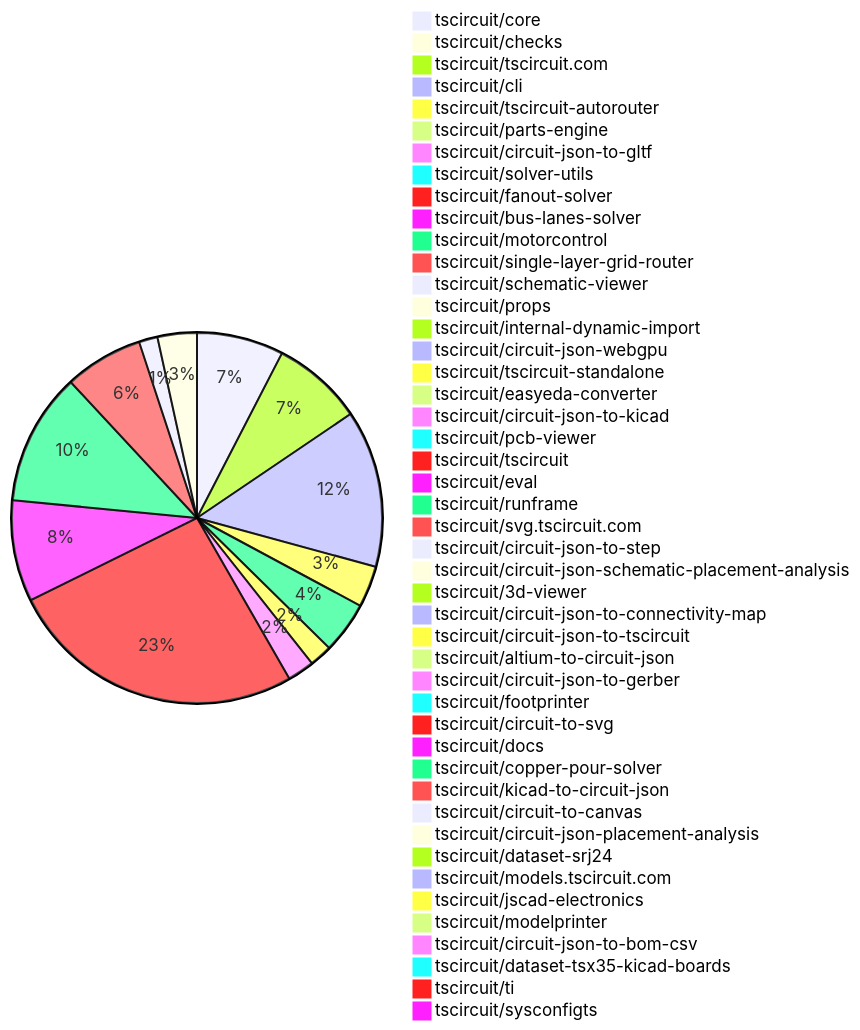
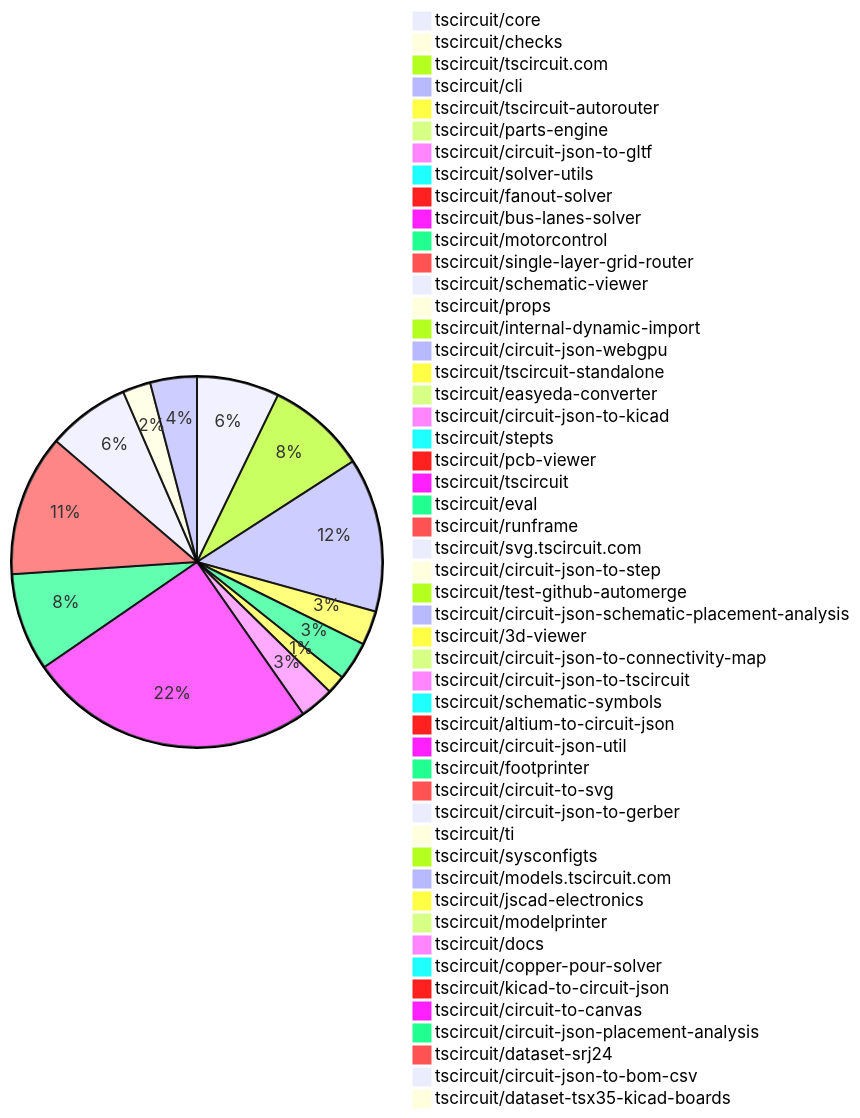
The diagram in data/readmes/tscircuit__contribution-tracker.md (zqf20096327/ai_collect), drawn with Mermaid before and after one commit. The commit also changed other lines of this file and 2035 other files, not shown here.

````diff
--- a/data/readmes/tscircuit__contribution-tracker.md
+++ b/data/readmes/tscircuit__contribution-tracker.md
@@ -30,49 +30,53 @@
 ```mermaid
 pie
-    "tscircuit/core" : 42
-    "tscircuit/checks" : 2
-    "tscircuit/tscircuit.com" : 44
-    "tscircuit/cli" : 76
-    "tscircuit/tscircuit-autorouter" : 20
+    "tscircuit/core" : 53
+    "tscircuit/checks" : 6
+    "tscircuit/tscircuit.com" : 64
+    "tscircuit/cli" : 99
+    "tscircuit/tscircuit-autorouter" : 22
     "tscircuit/parts-engine" : 2
     "tscircuit/circuit-json-to-gltf" : 2
     "tscircuit/solver-utils" : 2
     "tscircuit/fanout-solver" : 1
     "tscircuit/bus-lanes-solver" : 3
     "tscircuit/motorcontrol" : 25
     "tscircuit/single-layer-grid-router" : 1
     "tscircuit/schematic-viewer" : 1
     "tscircuit/props" : 3
     "tscircuit/internal-dynamic-import" : 4
-    "tscircuit/circuit-json-webgpu" : 5
-    "tscircuit/tscircuit-standalone" : 11
-    "tscircuit/easyeda-converter" : 2
-    "tscircuit/circuit-json-to-kicad" : 13
+    "tscircuit/circuit-json-webgpu" : 7
+    "tscircuit/tscircuit-standalone" : 12
+    "tscircuit/easyeda-converter" : 4
+    "tscircuit/circuit-json-to-kicad" : 22
+    "tscircuit/stepts" : 4
     "tscircuit/pcb-viewer" : 3
-    "tscircuit/tscircuit" : 144
-    "tscircuit/eval" : 49
-    "tscircuit/runframe" : 64
-    "tscircuit/svg.tscircuit.com" : 38
-    "tscircuit/circuit-json-to-step" : 9
-    "tscircuit/circuit-json-schematic-placement-analysis" : 19
-    "tscircuit/3d-viewer" : 4
+    "tscircuit/tscircuit" : 185
+    "tscircuit/eval" : 63
+    "tscircuit/runframe" : 91
+    "tscircuit/svg.tscircuit.com" : 53
+    "tscircuit/circuit-json-to-step" : 18
+    "tscircuit/test-github-automerge" : 1
+    "tscircuit/circuit-json-schematic-placement-analysis" : 30
+    "tscircuit/3d-viewer" : 6
     "tscircuit/circuit-json-to-connectivity-map" : 2
     "tscircuit/circuit-json-to-tscircuit" : 3
+    "tscircuit/schematic-symbols" : 5
     "tscircuit/altium-to-circuit-json" : 1
+    "tscircuit/circuit-json-util" : 1
+    "tscircuit/footprinter" : 7
+    "tscircuit/circuit-to-svg" : 2
     "tscircuit/circuit-json-to-gerber" : 1
-    "tscircuit/footprinter" : 3
-    "tscircuit/circuit-to-svg" : 2
+    "tscircuit/ti" : 3
+    "tscircuit/sysconfigts" : 1
+    "tscircuit/models.tscircuit.com" : 2
+    "tscircuit/jscad-electronics" : 1
+    "tscircuit/modelprinter" : 1
     "tscircuit/docs" : 1
-    "tscircuit/copper-pour-solver" : 2
+    "tscircuit/copper-pour-solver" : 4
     "tscircuit/kicad-to-circuit-json" : 1
     "tscircuit/circuit-to-canvas" : 1
     "tscircuit/circuit-json-placement-analysis" : 2
     "tscircuit/dataset-srj24" : 2
-    "tscircuit/models.tscircuit.com" : 2
-    "tscircuit/jscad-electronics" : 1
-    "tscircuit/modelprinter" : 1
     "tscircuit/circuit-json-to-bom-csv" : 2
     "tscircuit/dataset-tsx35-kicad-boards" : 4
-    "tscircuit/ti" : 3
-    "tscircuit/sysconfigts" : 1
 ```
````
